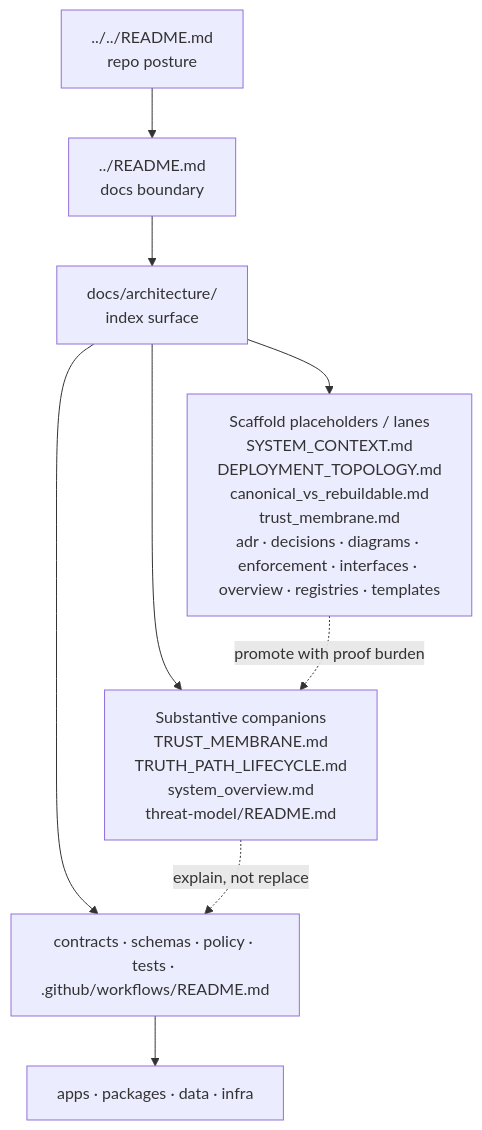
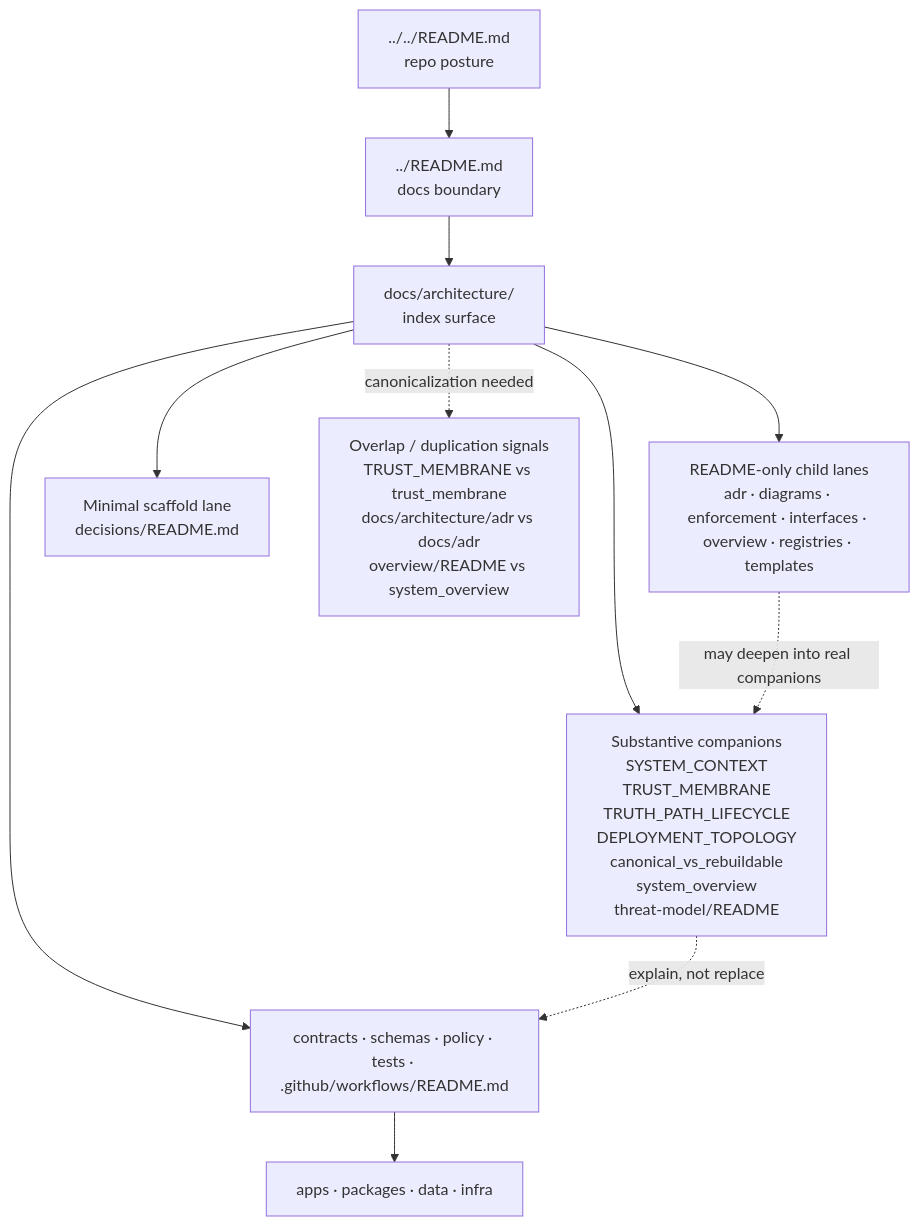
The diagram in docs/architecture/README.md (bartytime4life/Kansas-Frontier-Matrix), drawn with Mermaid before and after one commit. The commit also changed other lines of this file, not shown here.

````diff
--- a/docs/architecture/README.md
+++ b/docs/architecture/README.md
@@ -289,13 +351,15 @@
 ```mermaid
 flowchart TB
   Root["../../README.md<br/>repo posture"] --> Docs["../README.md<br/>docs boundary"]
   Docs --> Arch["docs/architecture/<br/>index surface"]
 
-  Arch --> Core["Substantive companions<br/>TRUST_MEMBRANE.md<br/>TRUTH_PATH_LIFECYCLE.md<br/>system_overview.md<br/>threat-model/README.md"]
-  Arch --> Scaffolds["Scaffold placeholders / lanes<br/>SYSTEM_CONTEXT.md<br/>DEPLOYMENT_TOPOLOGY.md<br/>canonical_vs_rebuildable.md<br/>trust_membrane.md<br/>adr · decisions · diagrams · enforcement · interfaces · overview · registries · templates"]
+  Arch --> Core["Substantive companions<br/>SYSTEM_CONTEXT<br/>TRUST_MEMBRANE<br/>TRUTH_PATH_LIFECYCLE<br/>DEPLOYMENT_TOPOLOGY<br/>canonical_vs_rebuildable<br/>system_overview<br/>threat-model/README"]
+  Arch --> Lanes["README-only child lanes<br/>adr · diagrams · enforcement · interfaces · overview · registries · templates"]
+  Arch --> Minimal["Minimal scaffold lane<br/>decisions/README.md"]
   Arch --> Machine["contracts · schemas · policy · tests · .github/workflows/README.md"]
   Machine --> Runtime["apps · packages · data · infra"]
 
-  Scaffolds -. promote with proof burden .-> Core
+  Arch -. canonicalization needed .-> Ambiguity["Overlap / duplication signals<br/>TRUST_MEMBRANE vs trust_membrane<br/>docs/architecture/adr vs docs/adr<br/>overview/README vs system_overview"]
   Core -. explain, not replace .-> Machine
+  Lanes -. may deepen into real companions .-> Core
 ```
````
